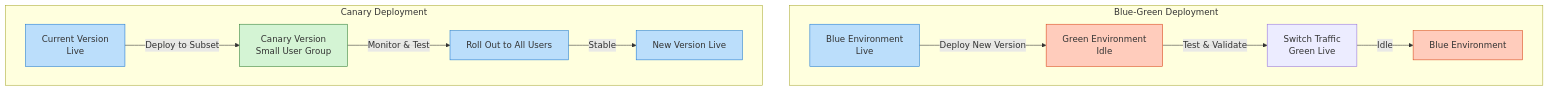
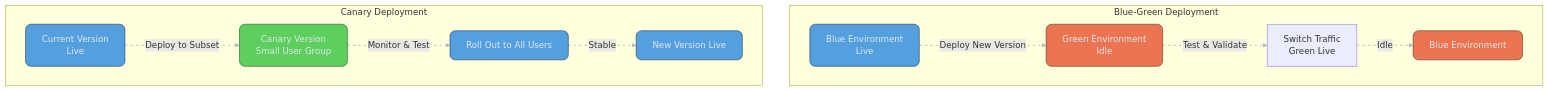
Before and after one commit to Shasheen8/h.byte: the diagram in docs/blog/blue-green-vs-canary-deployments.md, drawn with Mermaid. The commit also changed 1 other file, not shown here.

Commit message:
refactor: blue and canary deploy

````diff
--- a/docs/blog/blue-green-vs-canary-deployments.md
+++ b/docs/blog/blue-green-vs-canary-deployments.md
@@ -97,20 +97,22 @@
 ```mermaid
 graph TD
     subgraph Blue-Green Deployment
         A[Blue Environment<br>Live] -->|Deploy New Version| B[Green Environment<br>Idle]
         B -->|Test & Validate| C[Switch Traffic<br>Green Live]
         C -->|Idle| D[Blue Environment]
     end
     subgraph Canary Deployment
         E[Current Version<br>Live] -->|Deploy to Subset| F[Canary Version<br>Small User Group]
         F -->|Monitor & Test| G[Roll Out to All Users]
         G -->|Stable| H[New Version Live]
     end
 
-    classDef live fill:#bbdefb,stroke:#1976d2;
-    classDef idle fill:#ffccbc,stroke:#d84315;
-    classDef canary fill:#d4f4d4,stroke:#2e7d32;
+    classDef live fill:#54a0de,stroke:#1a2b4a,stroke-width:1px,color:#e0e6f0,rx:10px,ry:10px;
+    classDef idle fill:#eb7550,stroke:#4a2b1f,stroke-width:1px,color:#e0e6f0,rx:10px,ry:10px;
+    classDef canary fill:#5dcf5d,stroke:#1a4a2b,stroke-width:1px,color:#e0e6f0,rx:10px, ry:10px;
     class A,E,G,H live;
     class B,D idle;
     class F canary;
+
+    linkStyle default stroke:#b0bec5,stroke-width:1.5px,stroke-dasharray:5,2;
 ```
````
